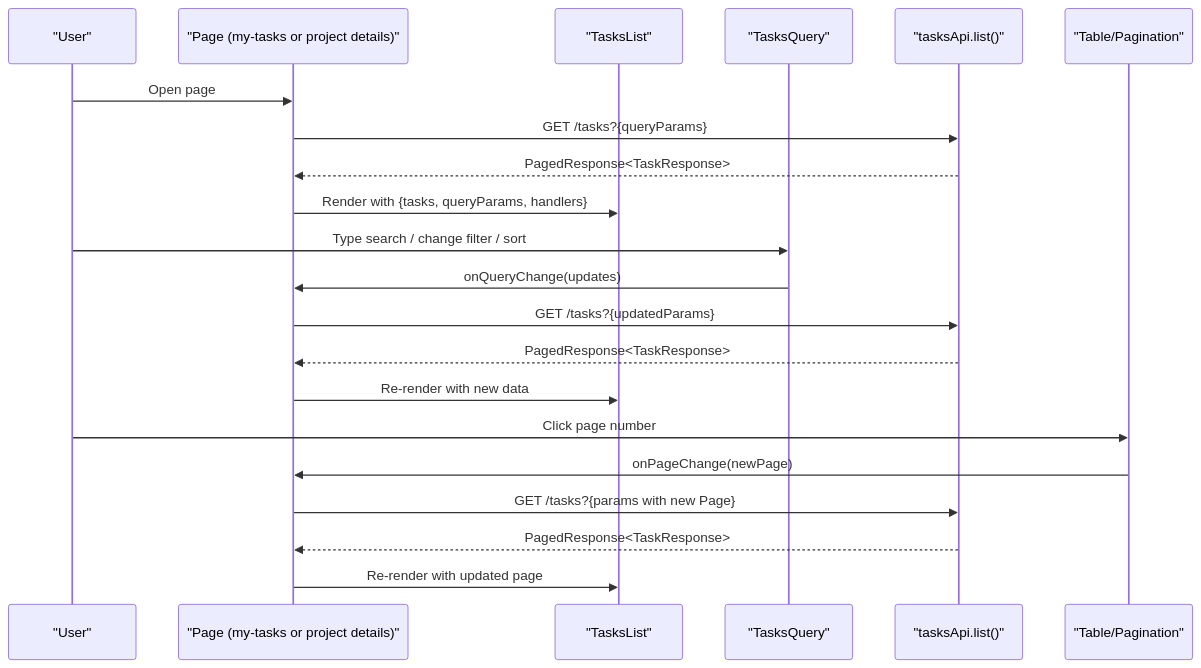
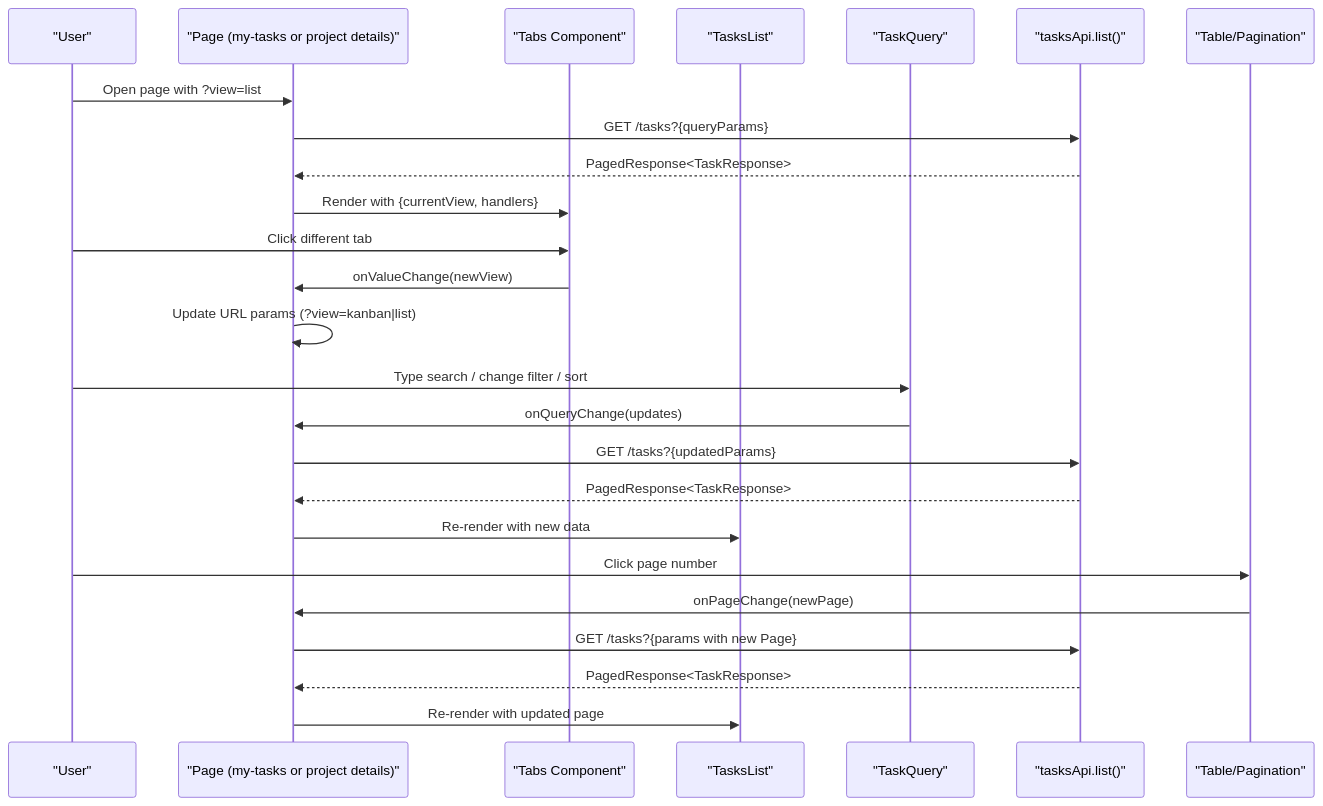
Before and after one commit to jejejesus/TaskFlow: the second of 8 diagrams in .qoder/repowiki/en/content/Task Management Feature/Task Views and Display.md, drawn with Mermaid. The commit also changed other lines of this file and 21 other files, not shown here.

````diff
--- a/.qoder/repowiki/en/content/Task Management Feature/Task Views and Display.md
+++ b/.qoder/repowiki/en/content/Task Management Feature/Task Views and Display.md
@@ -102,23 +120,27 @@
 ```mermaid
 sequenceDiagram
 participant User as "User"
 participant Page as "Page (my-tasks or project details)"
+participant Tabs as "Tabs Component"
 participant List as "TasksList"
-participant Query as "TasksQuery"
+participant Query as "TaskQuery"
 participant API as "tasksApi.list()"
 participant UI as "Table/Pagination"
-User->>Page : Open page
+User->>Page : Open page with ?view=list
 Page->>API : GET /tasks?{queryParams}
 API-->>Page : PagedResponse<TaskResponse>
-Page->>List : Render with {tasks, queryParams, handlers}
+Page->>Tabs : Render with {currentView, handlers}
+User->>Tabs : Click different tab
+Tabs->>Page : onValueChange(newView)
+Page->>Page : Update URL params (?view=kanban|list)
 User->>Query : Type search / change filter / sort
 Query->>Page : onQueryChange(updates)
 Page->>API : GET /tasks?{updatedParams}
 API-->>Page : PagedResponse<TaskResponse>
 Page->>List : Re-render with new data
 User->>UI : Click page number
 UI->>Page : onPageChange(newPage)
 Page->>API : GET /tasks?{params with new Page}
 API-->>Page : PagedResponse<TaskResponse>
 Page->>List : Re-render with updated page
 ```
````
